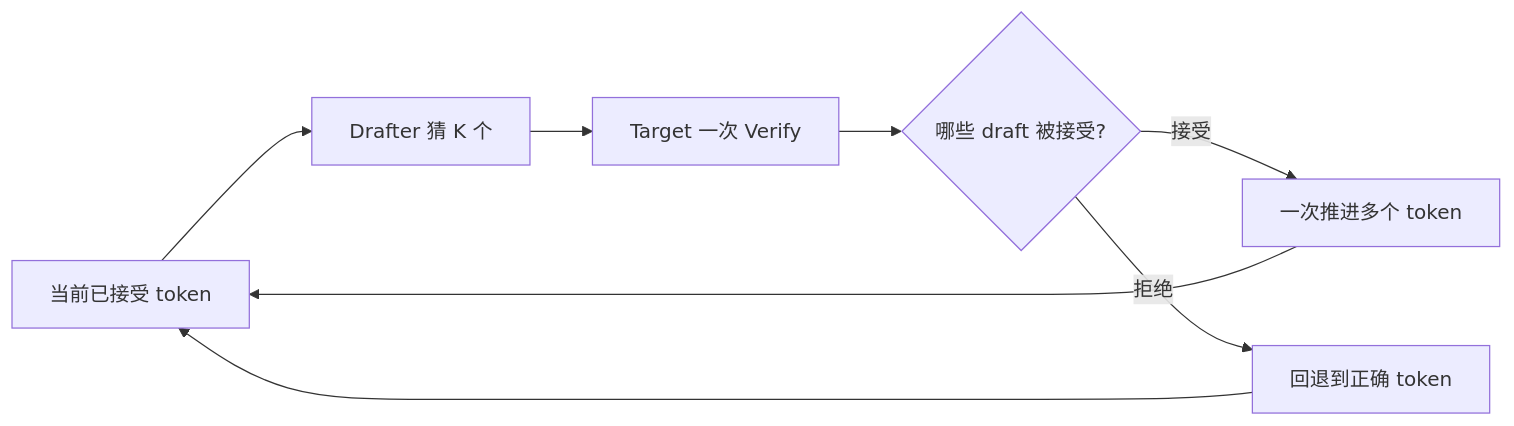
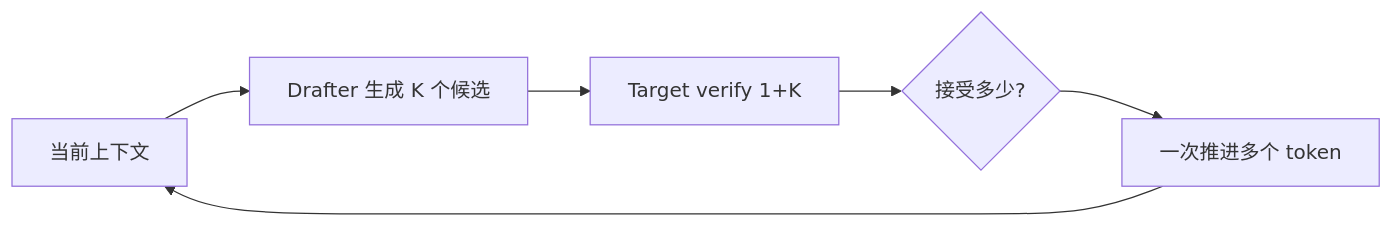
Before and after one commit to 10wvw01/vllm-ascend: the second of 4 diagrams in 学习/00_主线故事_从一次Qwen请求到MM_AR融合.md, drawn with Mermaid. The commit also changed other lines of this file and 22 other files, not shown here.

````diff
--- a/学习/00_主线故事_从一次Qwen请求到MM_AR融合.md
+++ b/学习/00_主线故事_从一次Qwen请求到MM_AR融合.md
@@ -179,10 +177,8 @@
 ```mermaid
 flowchart LR
-    A[当前已接受 token] --> B[Drafter 猜 K 个]
-    B --> C[Target 一次 Verify]
-    C --> D{哪些 draft 被接受?}
-    D -->|接受| E[一次推进多个 token]
-    D -->|拒绝| F[回退到正确 token]
-    E --> A
-    F --> A
+  A[当前上下文] --> B[Drafter 生成 K 个候选]
+  B --> C[Target verify 1+K]
+  C --> D{接受多少?}
+  D --> E[一次推进多个 token]
+  E --> A
 ```
````
